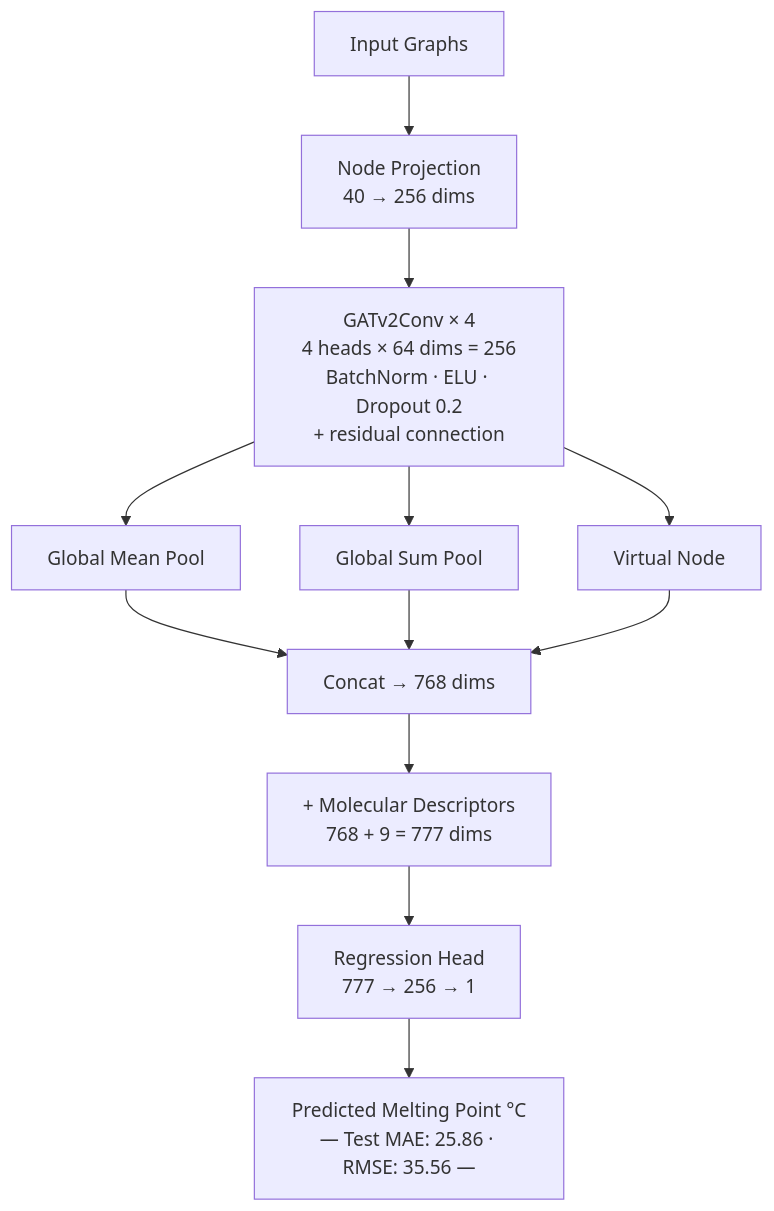
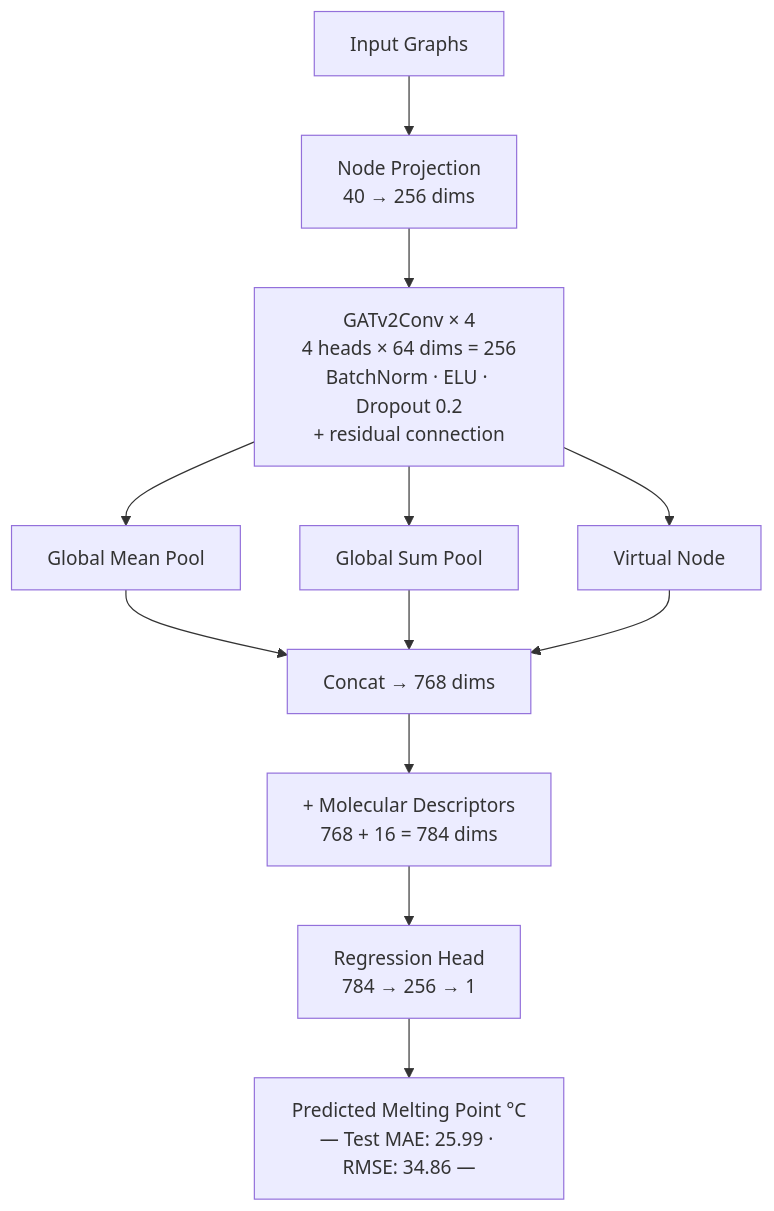
The fourth of 4 diagrams in README.md (nickbuker/GraphNet), drawn with Mermaid before and after one commit. The commit also changed other lines of this file and 11 other files, not shown here.

````diff
--- a/README.md
+++ b/README.md
@@ -141,14 +145,14 @@
 ```mermaid
 graph TD
     A[Input Graphs] --> B["Node Projection\n40 → 256 dims"]
     B --> C["GATv2Conv × 4\n4 heads × 64 dims = 256\nBatchNorm · ELU · Dropout 0.2\n+ residual connection"]
     C --> D[Global Mean Pool]
     C --> E[Global Sum Pool]
     C --> F[Virtual Node]
     D --> G["Concat → 768 dims"]
     E --> G
     F --> G
-    G --> H["+ Molecular Descriptors\n768 + 9 = 777 dims"]
-    H --> I["Regression Head\n777 → 256 → 1"]
-    I --> J["Predicted Melting Point °C\n— Test MAE: 25.86 · RMSE: 35.56 —"]
+    G --> H["+ Molecular Descriptors\n768 + 16 = 784 dims"]
+    H --> I["Regression Head\n784 → 256 → 1"]
+    I --> J["Predicted Melting Point °C\n— Test MAE: 25.99 · RMSE: 34.86 —"]
 ```
````
